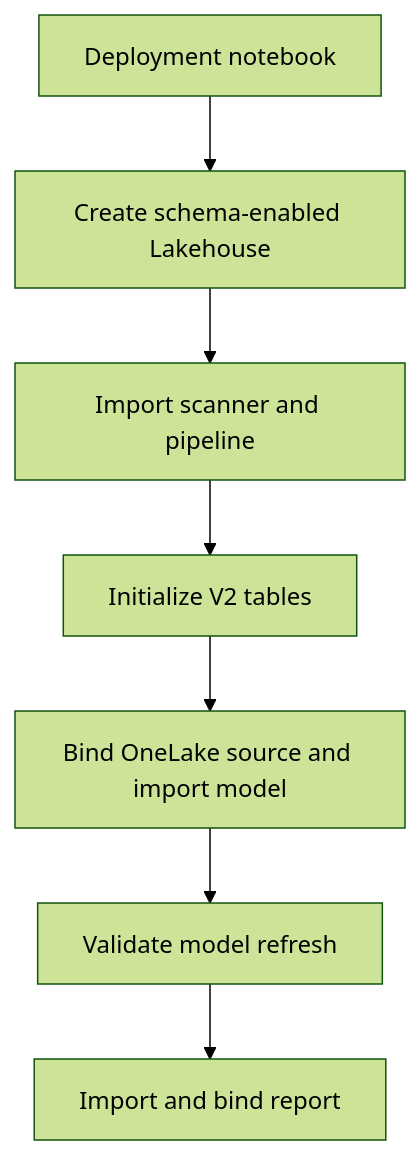
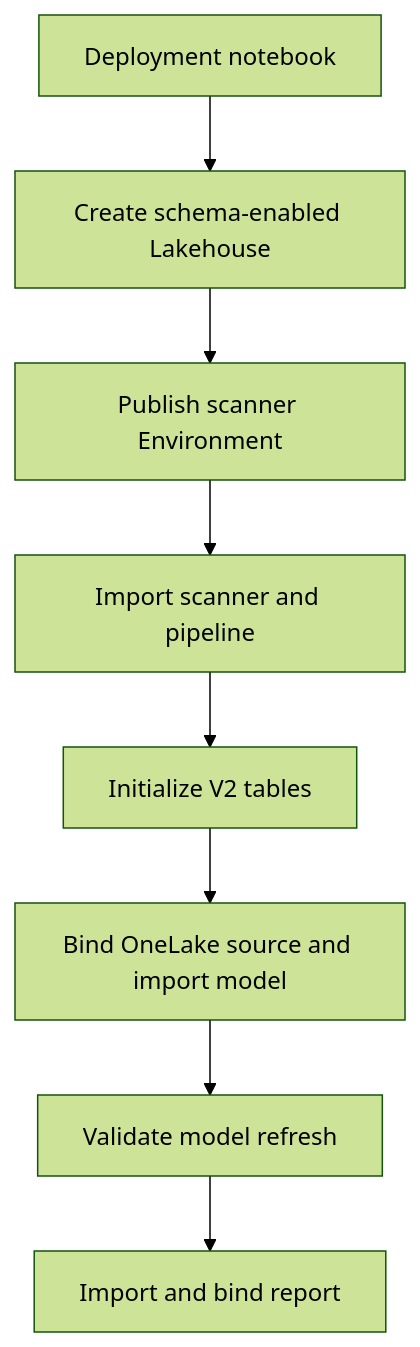
One commit to ZeonZheng/fabric-semantic-model-optimization changed the second of 2 diagrams in docs/architecture.md. Above: the diagram before and after it, drawn with Mermaid (forest theme). The commit also changed other lines of this file and 11 other files, not shown here.

````diff
--- a/docs/architecture.md
+++ b/docs/architecture.md
@@ -30,9 +31,10 @@
 ```mermaid
 flowchart TD
     A[Deployment notebook] --> B[Create schema-enabled Lakehouse]
-    B --> C[Import scanner and pipeline]
-    C --> D[Initialize V2 tables]
-    D --> E[Bind OneLake source and import model]
-    E --> F[Validate model refresh]
-    F --> G[Import and bind report]
+    B --> C[Publish scanner Environment]
+    C --> D[Import scanner and pipeline]
+    D --> E[Initialize V2 tables]
+    E --> F[Bind OneLake source and import model]
+    F --> G[Validate model refresh]
+    G --> H[Import and bind report]
 ```
````
